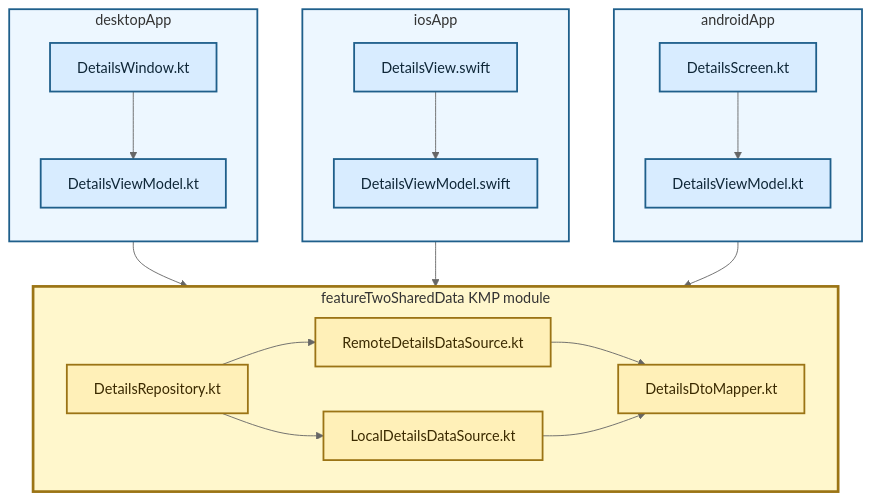
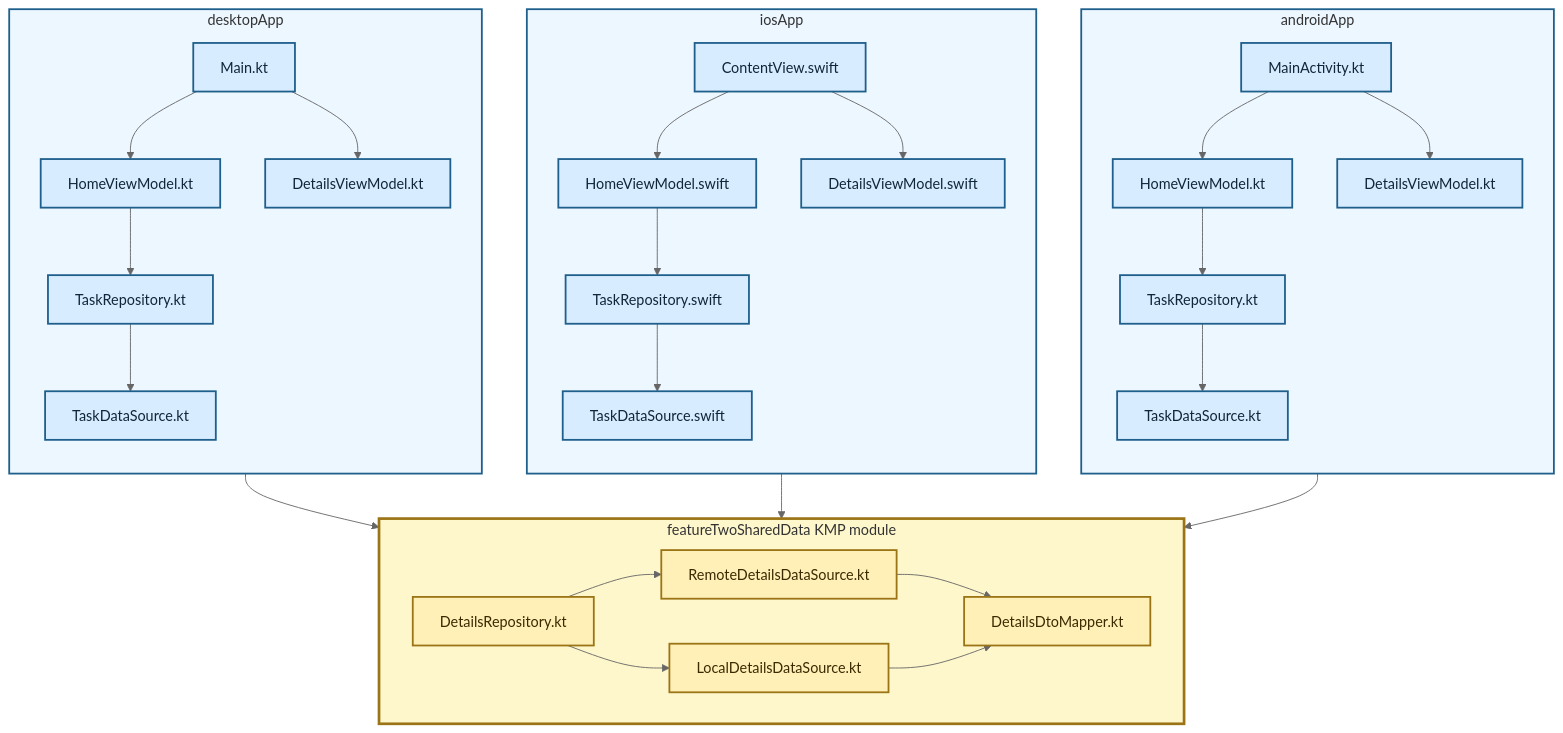
One commit to TheSetox/kmp-sample-diagrams changed the diagram in diagrams/10-modular-kmp-data-layer.md. Above: the diagram before and after it, drawn with Mermaid (neutral theme). The commit also changed other lines of this file and 87 other files, not shown here.

````diff
--- a/diagrams/10-modular-kmp-data-layer.md
+++ b/diagrams/10-modular-kmp-data-layer.md
@@ -5,48 +5,60 @@
 ```mermaid
 flowchart TB
   subgraph Android["androidApp"]
     direction TB
-    AUI["DetailsScreen.kt"]
-    AVM["DetailsViewModel.kt"]
-    AUI --> AVM
+    AEntry["MainActivity.kt"]
+    AHomeVM["HomeViewModel.kt"]
+    ATaskRepository["TaskRepository.kt"]
+    ATaskDataSource["TaskDataSource.kt"]
+    ADetailsVM["DetailsViewModel.kt"]
+    AEntry --> AHomeVM --> ATaskRepository --> ATaskDataSource
+    AEntry --> ADetailsVM
   end
 
   subgraph IOS["iosApp"]
     direction TB
-    IUI["DetailsView.swift"]
-    IVM["DetailsViewModel.swift"]
-    IUI --> IVM
+    IEntry["ContentView.swift"]
+    IHomeVM["HomeViewModel.swift"]
+    ITaskRepository["TaskRepository.swift"]
+    ITaskDataSource["TaskDataSource.swift"]
+    IDetailsVM["DetailsViewModel.swift"]
+    IEntry --> IHomeVM --> ITaskRepository --> ITaskDataSource
+    IEntry --> IDetailsVM
   end
 
   subgraph Desktop["desktopApp"]
     direction TB
-    DUI["DetailsWindow.kt"]
-    DVM["DetailsViewModel.kt"]
-    DUI --> DVM
+    DEntry["Main.kt"]
+    DHomeVM["HomeViewModel.kt"]
+    DTaskRepository["TaskRepository.kt"]
+    DTaskDataSource["TaskDataSource.kt"]
+    DDetailsVM["DetailsViewModel.kt"]
+    DEntry --> DHomeVM --> DTaskRepository --> DTaskDataSource
+    DEntry --> DDetailsVM
   end
 
   subgraph KMP["featureTwoSharedData KMP module"]
     direction LR
     Repository["DetailsRepository.kt"]
     Remote["RemoteDetailsDataSource.kt"]
     Cache["LocalDetailsDataSource.kt"]
     Mapper["DetailsDtoMapper.kt"]
     Repository --> Remote
     Repository --> Cache
     Remote --> Mapper
     Cache --> Mapper
   end
 
-  AVM --> Repository
-  IVM --> Repository
-  DVM --> Repository
+  ADetailsVM --> Repository
+  IDetailsVM --> Repository
+  DDetailsVM --> Repository
 
   classDef app fill:#d8ecff,stroke:#1f5f8b,color:#0f2738,stroke-width:2px;
   classDef kmp fill:#fff0b8,stroke:#9b7415,color:#3b2a00,stroke-width:2px;
-  class AUI,AVM,IUI,IVM,DUI,DVM app;
+  class AEntry,AHomeVM,ATaskRepository,ATaskDataSource,ADetailsVM,IEntry,IHomeVM,ITaskRepository,ITaskDataSource,IDetailsVM,DEntry,DHomeVM,DTaskRepository,DTaskDataSource,DDetailsVM app;
   class Repository,Remote,Cache,Mapper kmp;
   style Android fill:#edf7ff,stroke:#1f5f8b,stroke-width:2px
   style IOS fill:#edf7ff,stroke:#1f5f8b,stroke-width:2px
   style Desktop fill:#edf7ff,stroke:#1f5f8b,stroke-width:2px
   style KMP fill:#fff7cc,stroke:#9b7415,stroke-width:3px
 ```
````
